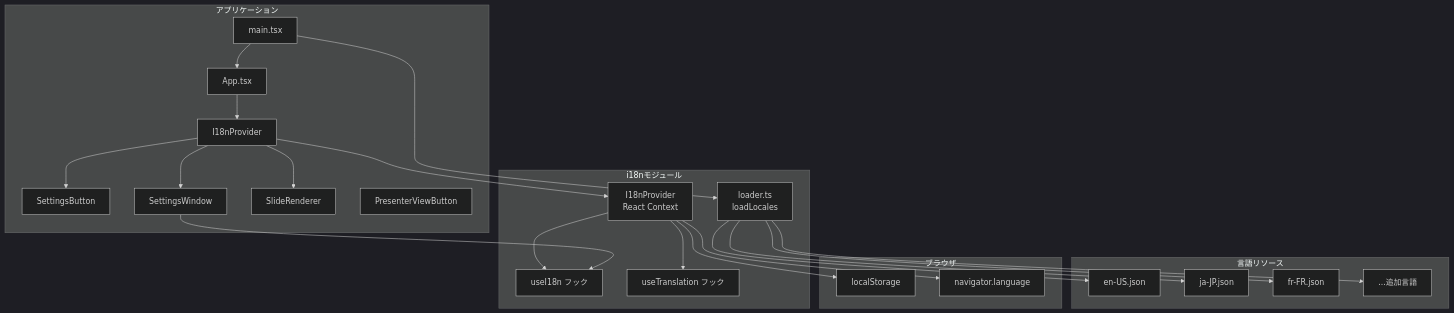
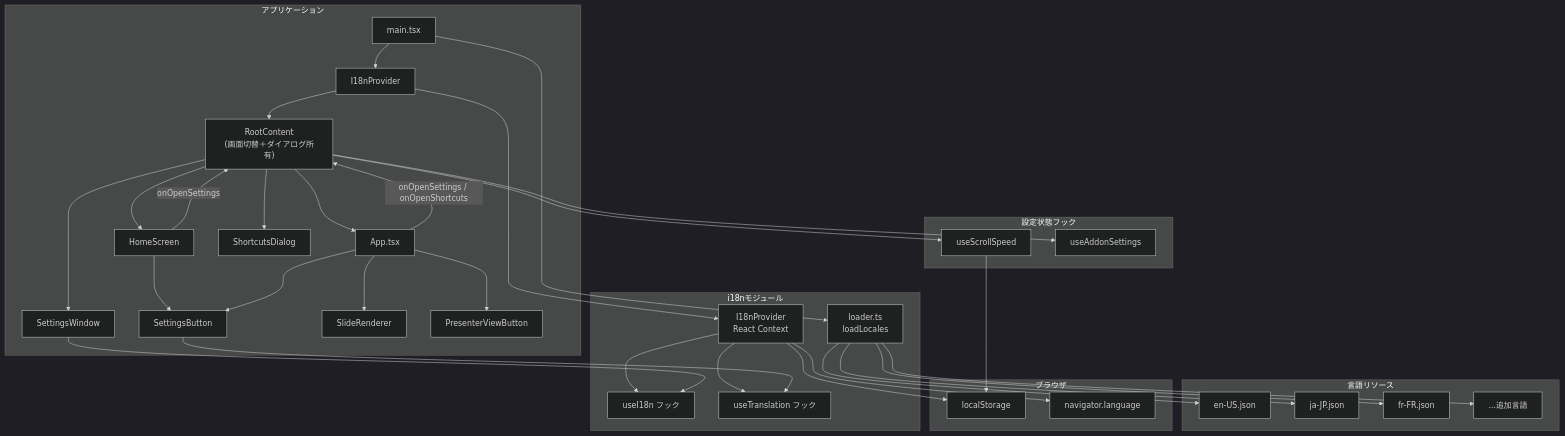
The diagram in .sdd/specification/language-settings_design.md (ToshikiImagawa/slide-presentation-app), drawn with Mermaid (dark theme) before and after one commit. The commit also changed other lines of this file and 26 other files, not shown here.

````diff
--- a/.sdd/specification/language-settings_design.md
+++ b/.sdd/specification/language-settings_design.md
@@ -77,48 +81,67 @@
 ```mermaid
 graph TD
     subgraph "アプリケーション"
         Main[main.tsx]
+        RootContent["RootContent<br/>(画面切替＋ダイアログ所有)"]
+        HomeScreen[HomeScreen]
         App[App.tsx]
         I18nProvider[I18nProvider]
         SettingsButton[SettingsButton]
         SettingsWindow[SettingsWindow]
+        ShortcutsDialog[ShortcutsDialog]
         SlideRenderer[SlideRenderer]
         PresenterViewButton[PresenterViewButton]
+    end
+
+    subgraph "設定状態フック"
+        UseScrollSpeed[useScrollSpeed]
+        UseAddonSettings[useAddonSettings]
     end
 
     subgraph "i18nモジュール"
         Loader[loader.ts<br/>loadLocales]
         Provider[I18nProvider<br/>React Context]
         UseI18n[useI18n フック]
         UseTranslation[useTranslation フック]
     end
 
     subgraph "言語リソース"
         EnUS[en-US.json]
         JaJP[ja-JP.json]
         FrFR[fr-FR.json]
         OtherLocales[...追加言語]
     end
 
     subgraph "ブラウザ"
         LocalStorage[localStorage]
         NavLang[navigator.language]
     end
 
     Main --> Loader
     Loader --> EnUS
     Loader --> JaJP
     Loader --> FrFR
     Loader --> OtherLocales
-    Main --> App
-    App --> I18nProvider
+    Main --> I18nProvider
     I18nProvider --> Provider
     Provider --> UseI18n
     Provider --> UseTranslation
-    I18nProvider --> SettingsButton
-    I18nProvider --> SettingsWindow
-    I18nProvider --> SlideRenderer
+    I18nProvider --> RootContent
+    RootContent --> HomeScreen
+    RootContent --> App
+    RootContent --> SettingsWindow
+    RootContent --> ShortcutsDialog
+    RootContent --> UseScrollSpeed
+    RootContent --> UseAddonSettings
+    HomeScreen -- onOpenSettings --> RootContent
+    App -- "onOpenSettings / onOpenShortcuts" --> RootContent
+    HomeScreen --> SettingsButton
+    App --> SettingsButton
+    App --> SlideRenderer
+    App --> PresenterViewButton
+    SettingsButton --> UseTranslation
     SettingsWindow --> UseI18n
     Provider --> LocalStorage
     Provider --> NavLang
+    UseScrollSpeed --> LocalStorage
 ```
````
